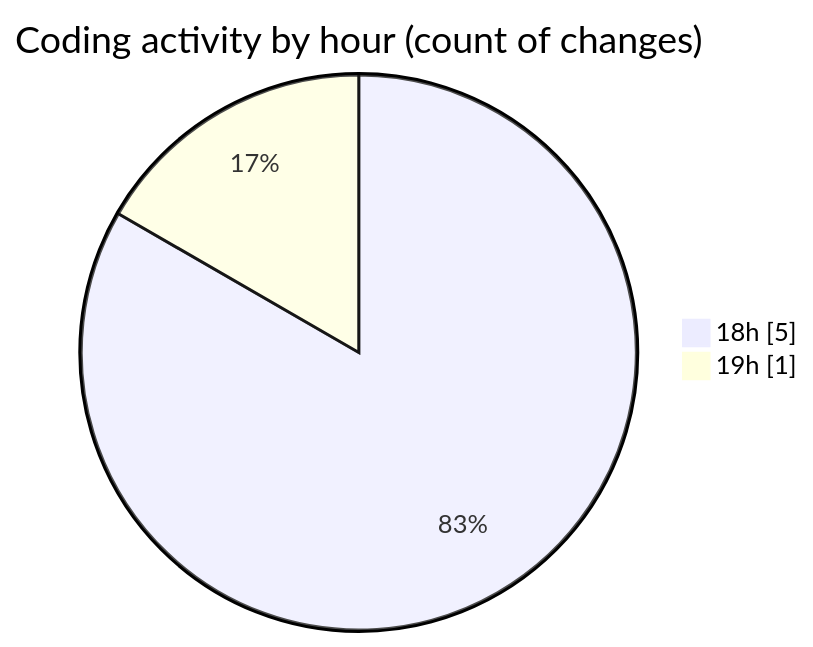
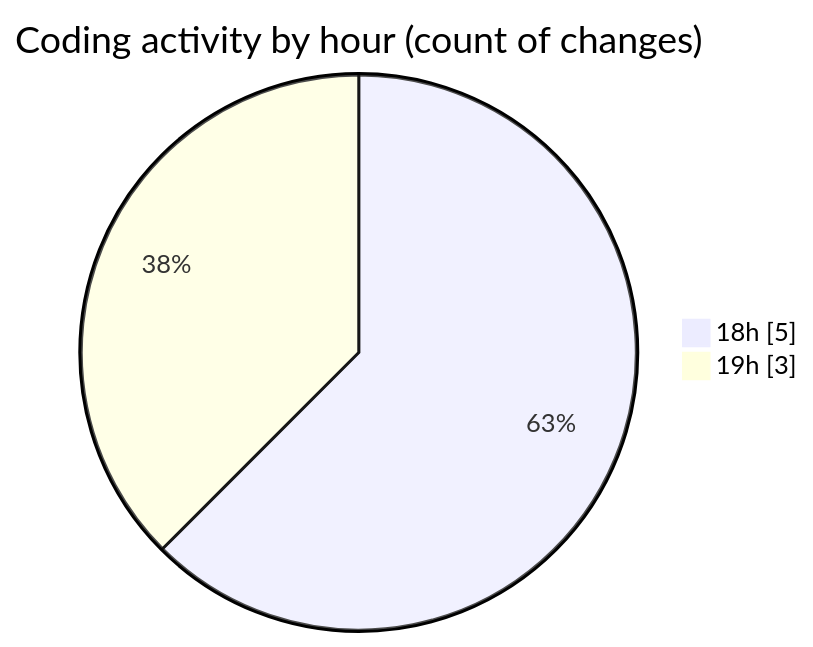
Before and after one commit to EIIisD/code-tracking: the second of 2 diagrams in 2025-07-14/defer/README.md, drawn with Mermaid. The commit also changed other lines of this file and 1 other file, not shown here.

````diff
--- a/2025-07-14/defer/README.md
+++ b/2025-07-14/defer/README.md
@@ -30,6 +30,6 @@
 ```mermaid
 pie showData
 title Coding activity by hour (count of changes)
 "18h" : 5
-"19h" : 1
+"19h" : 3
 ```
````
